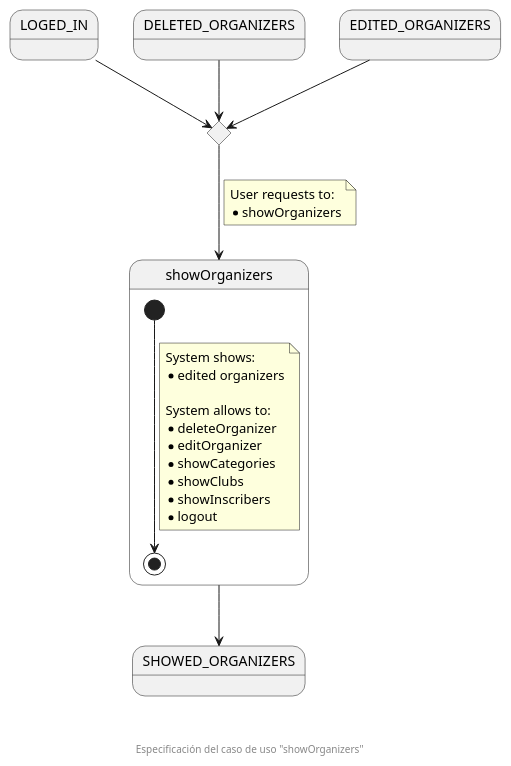
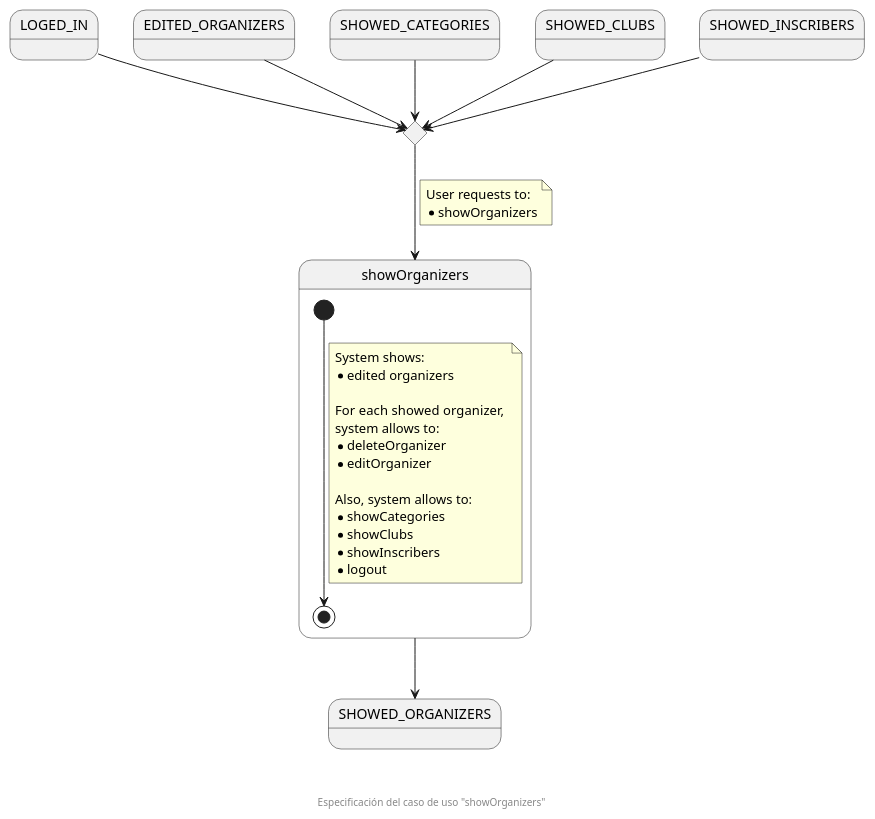
The diagram in documentation/diagrams/useCasesSpecification/organizationSecretary/07_showOrganizers.puml (zuldare/mastercloud_pfm_halterocms), drawn with PlantUML before and after one commit.

Commit message:
Fix showOrganizers use case specification

```diff
--- a/documentation/diagrams/useCasesSpecification/organizationSecretary/07_showOrganizers.puml
+++ b/documentation/diagrams/useCasesSpecification/organizationSecretary/07_showOrganizers.puml
@@ -1,36 +1,44 @@
 @startuml
 state LOGED_IN
-state DELETED_ORGANIZERS
 state EDITED_ORGANIZERS
+state SHOWED_CATEGORIES
+state SHOWED_CLUBS
+state SHOWED_INSCRIBERS
 
 state enterShowOrganizersCHC <<choice>>
 
 state showOrganizers {
   [*] --> [*]
   note on link
     System shows:
     * edited organizers
 
-    System allows to:
+    For each showed organizer, 
+    system allows to:
     * deleteOrganizer
     * editOrganizer
+
+    Also, system allows to:
     * showCategories
     * showClubs
     * showInscribers
     * logout
   end note
 }
 state SHOWED_ORGANIZERS
 
 LOGED_IN --> enterShowOrganizersCHC
-DELETED_ORGANIZERS --> enterShowOrganizersCHC
 EDITED_ORGANIZERS --> enterShowOrganizersCHC
+SHOWED_CATEGORIES --> enterShowOrganizersCHC
+SHOWED_CLUBS --> enterShowOrganizersCHC
+SHOWED_INSCRIBERS --> enterShowOrganizersCHC
+
 enterShowOrganizersCHC --> showOrganizers
 note on link
   User requests to:
   * showOrganizers
 end note
 showOrganizers --> SHOWED_ORGANIZERS
 
 footer \n\n\n Especificación del caso de uso "showOrganizers"
 @enduml
```
